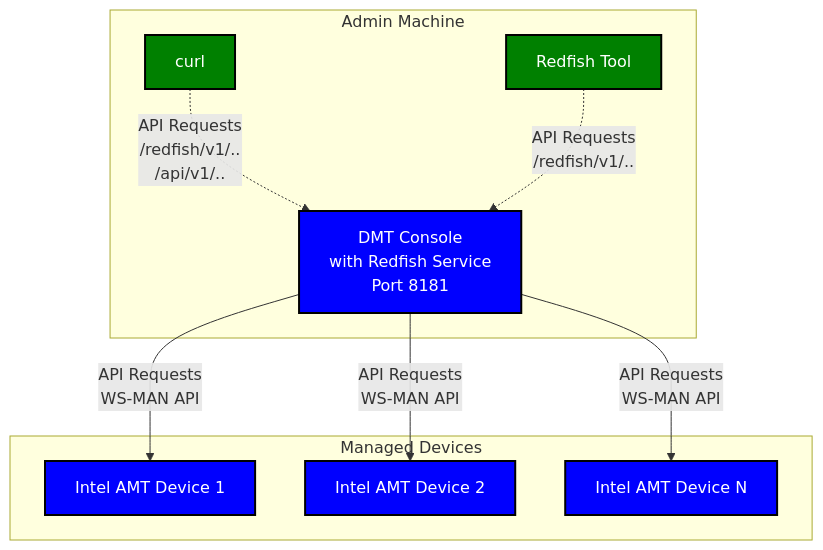
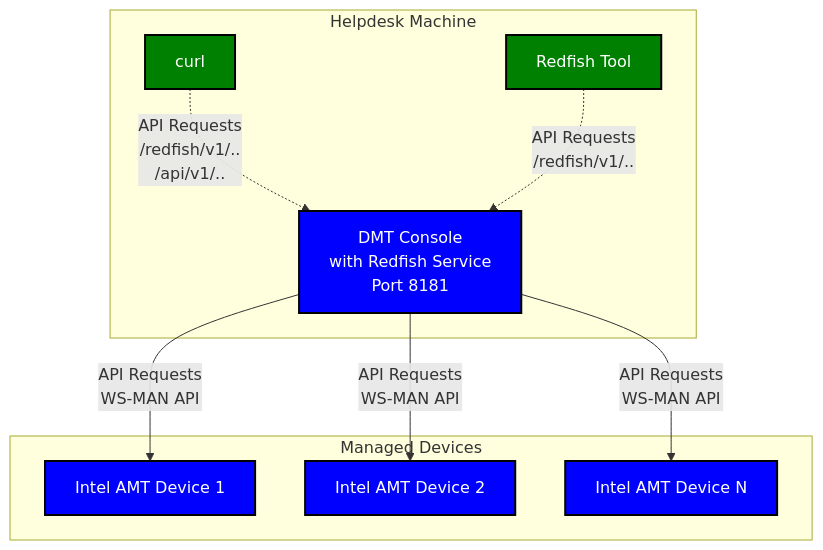
One commit to device-management-toolkit/docs changed the diagram in docs/Tutorials/Redfish/redfishUserGuide.md. Above: the diagram before and after it, drawn with Mermaid. The commit also changed other lines of this file, not shown here.

Commit message:
docs: updates to content and corrections in session redfish tool commands

````diff
--- a/docs/Tutorials/Redfish/redfishUserGuide.md
+++ b/docs/Tutorials/Redfish/redfishUserGuide.md
@@ -53,28 +53,28 @@
 ```mermaid
 graph TB
-    subgraph "Admin Machine"
-        A[DMT Console<br/>with Redfish Service<br/>Port 8181]
+    subgraph "Helpdesk Machine"
+        A[DMT Console<br/> with Redfish Service<br/>Port 8181]
         B[curl]
         C[Redfish Tool]
 
         B -.->|API Requests <br/>/redfish/v1/.. <br/>/api/v1/..| A
         C -.->|API Requests <br/>/redfish/v1/..| A
     end
 
     subgraph "Managed Devices"
         D[Intel AMT Device 1]
         E[Intel AMT Device 2]
         F[Intel AMT Device N]
     end
 
     A -->|API Requests <br/> WS-MAN API| D
     A -->|API Requests <br/> WS-MAN API| E
     A -->|API Requests <br/> WS-MAN API| F
 
     style A fill:blue,stroke:black,stroke-width:2px,color:white
     style B fill:green,stroke:black,stroke-width:2px,color:white
     style C fill:green,stroke:black,stroke-width:2px,color:white
     style D fill:blue,stroke:black,stroke-width:2px,color:white
     style E fill:blue,stroke:black,stroke-width:2px,color:white
     style F fill:blue,stroke:black,stroke-width:2px,color:white
 ```
````
